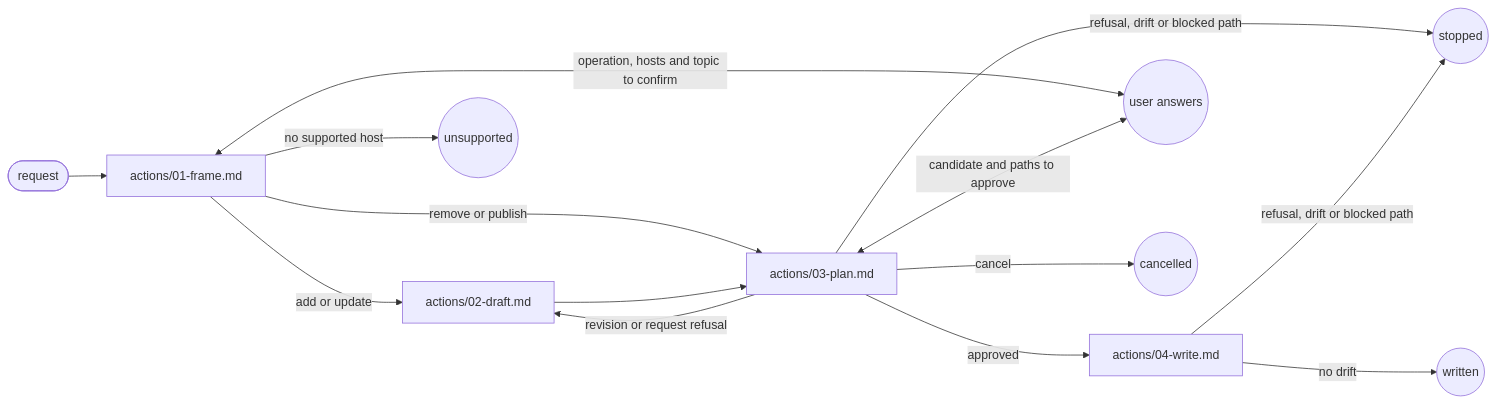
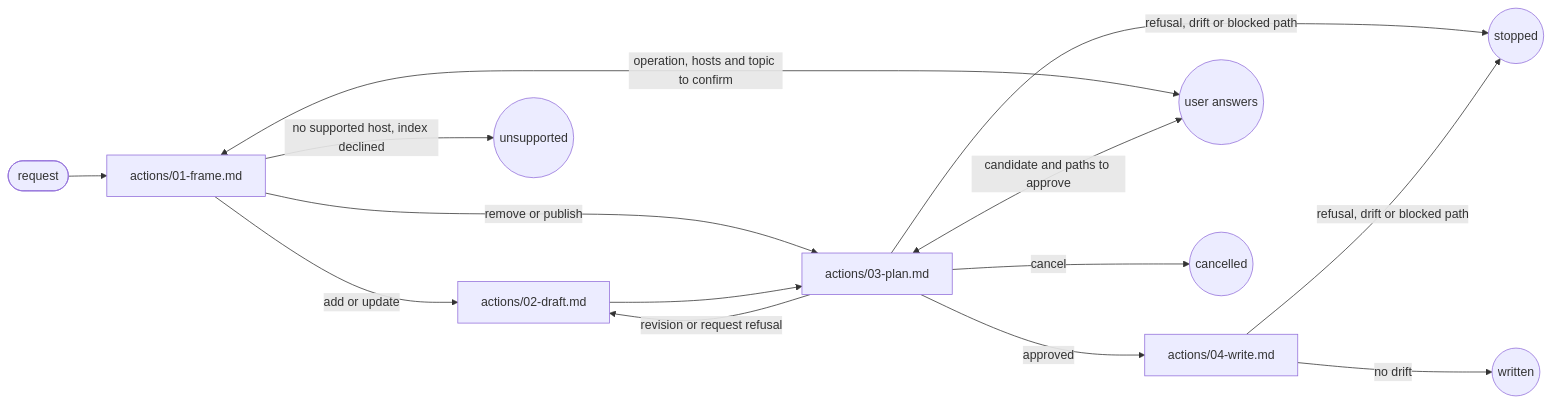
The diagram in plugins/aidd-context/skills/05-rule-generate/SKILL.md (ai-driven-dev/framework), drawn with Mermaid before and after one commit. The commit also changed other lines of this file and 2 other files, not shown here.

````diff
--- a/plugins/aidd-context/skills/05-rule-generate/SKILL.md
+++ b/plugins/aidd-context/skills/05-rule-generate/SKILL.md
@@ -9,19 +9,19 @@
 ```mermaid
 flowchart LR
   frame["actions/01-frame.md"]
   draft["actions/02-draft.md"]
   plan["actions/03-plan.md"]
   write["actions/04-write.md"]
   entry([request]) --> frame
   frame <-->|"operation, hosts and topic to confirm"| user((user answers))
   plan <-->|"candidate and paths to approve"| user
   frame -->|"add or update"| draft
   frame -->|"remove or publish"| plan
-  frame -->|"no supported host"| unsupported((unsupported))
+  frame -->|"no supported host, index declined"| unsupported((unsupported))
   draft --> plan
   plan -->|"approved"| write
   plan -->|"revision or request refusal"| draft
   plan -->|"cancel"| cancelled((cancelled))
   plan & write -->|"refusal, drift or blocked path"| stopped((stopped))
   write -->|"no drift"| written((written))
 ```
````
